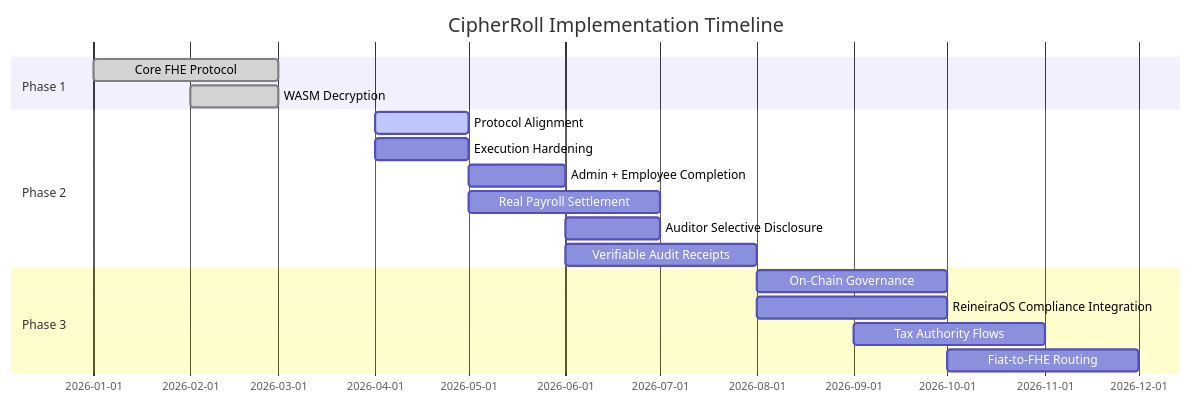
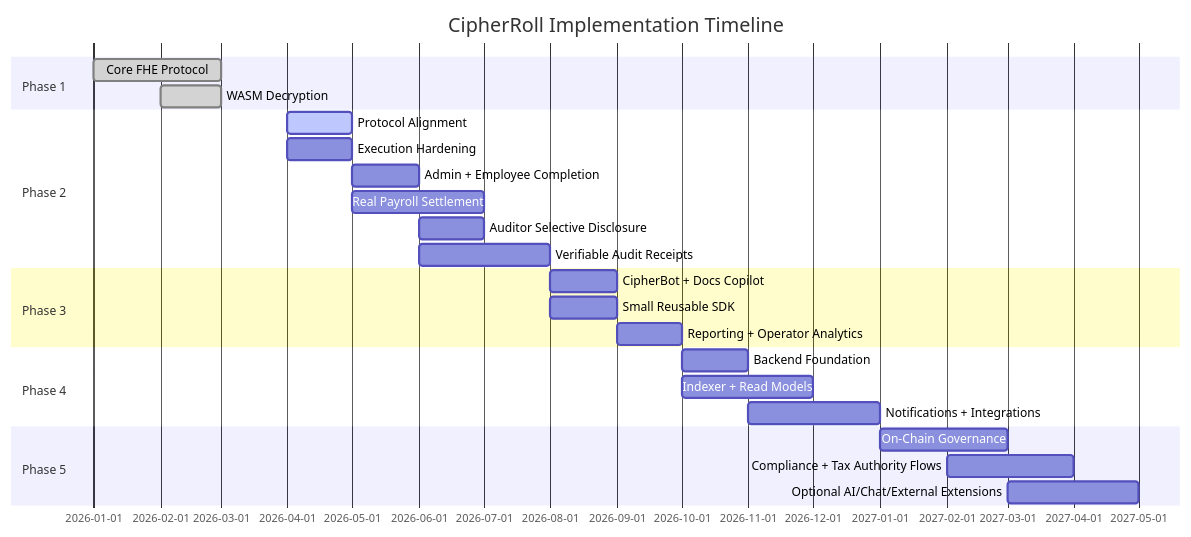
The diagram in docs/ROADMAP.md (PhanTom497/CipherRoll), drawn with Mermaid before and after one commit. The commit also changed other lines of this file and 39 other files, not shown here.

````diff
--- a/docs/ROADMAP.md
+++ b/docs/ROADMAP.md
@@ -77,20 +168,27 @@
 ```mermaid
 gantt
     title CipherRoll Implementation Timeline
     dateFormat YYYY-MM
     section Phase 1
     Core FHE Protocol :done, p1, 2026-01, 2026-03
     WASM Decryption :done, p2, 2026-02, 2026-03
     section Phase 2
     Protocol Alignment :active, p3, 2026-04, 2026-05
     Execution Hardening : p4, 2026-04, 2026-05
     Admin + Employee Completion : p5, 2026-05, 2026-06
     Real Payroll Settlement : p6, 2026-05, 2026-07
     Auditor Selective Disclosure : p7, 2026-06, 2026-07
     Verifiable Audit Receipts : p8, 2026-06, 2026-08
     section Phase 3
-    On-Chain Governance : p9, 2026-08, 2026-10
-    ReineiraOS Compliance Integration : p10, 2026-08, 2026-10
-    Tax Authority Flows : p11, 2026-09, 2026-11
-    Fiat-to-FHE Routing : p12, 2026-10, 2026-12
+    CipherBot + Docs Copilot : p9, 2026-08, 2026-09
+    Small Reusable SDK : p10, 2026-08, 2026-09
+    Reporting + Operator Analytics : p11, 2026-09, 2026-10
+    section Phase 4
+    Backend Foundation : p12, 2026-10, 2026-11
+    Indexer + Read Models : p13, 2026-10, 2026-12
+    Notifications + Integrations : p14, 2026-11, 2027-01
+    section Phase 5
+    On-Chain Governance : p15, 2027-01, 2027-03
+    Compliance + Tax Authority Flows : p16, 2027-02, 2027-04
+    Optional AI/Chat/External Extensions : p17, 2027-03, 2027-05
 ```
````
